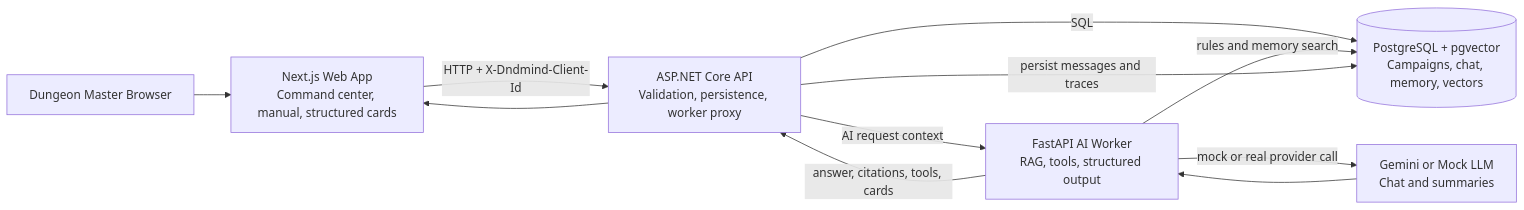
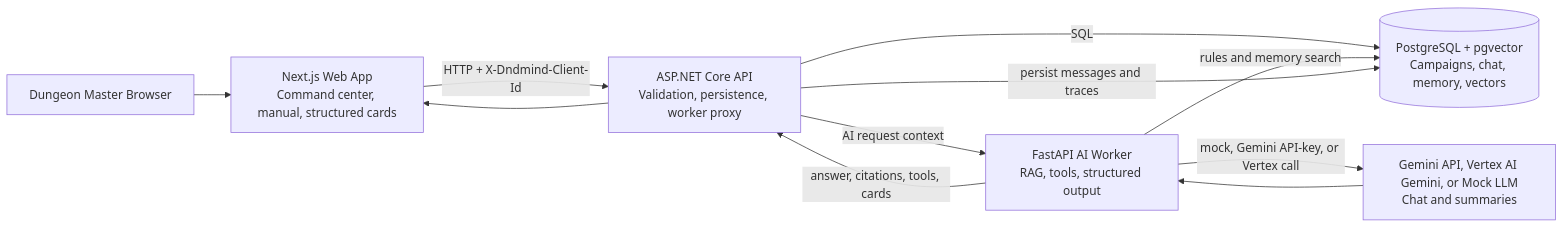
The diagram in docs/architecture.md (revanza-git/dndmind), drawn with Mermaid before and after one commit. The commit also changed other lines of this file and 17 other files, not shown here.

Commit message:
Add Vertex provider and memory controls

````diff
--- a/docs/architecture.md
+++ b/docs/architecture.md
@@ -7,20 +7,20 @@
 ```mermaid
 flowchart LR
   DM[Dungeon Master Browser]
   Web[Next.js Web App<br/>Command center, manual, structured cards]
   API[ASP.NET Core API<br/>Validation, persistence, worker proxy]
   DB[(PostgreSQL + pgvector<br/>Campaigns, chat, memory, vectors)]
   Worker[FastAPI AI Worker<br/>RAG, tools, structured output]
-  Provider[Gemini or Mock LLM<br/>Chat and summaries]
+  Provider[Gemini API, Vertex AI Gemini, or Mock LLM<br/>Chat and summaries]
 
   DM --> Web
   Web -->|HTTP + X-Dndmind-Client-Id| API
   API -->|SQL| DB
   API -->|AI request context| Worker
   Worker -->|rules and memory search| DB
-  Worker -->|mock or real provider call| Provider
+  Worker -->|mock, Gemini API-key, or Vertex call| Provider
   Provider --> Worker
   Worker -->|answer, citations, tools, cards| API
   API -->|persist messages and traces| DB
   API --> Web
 ```
````
